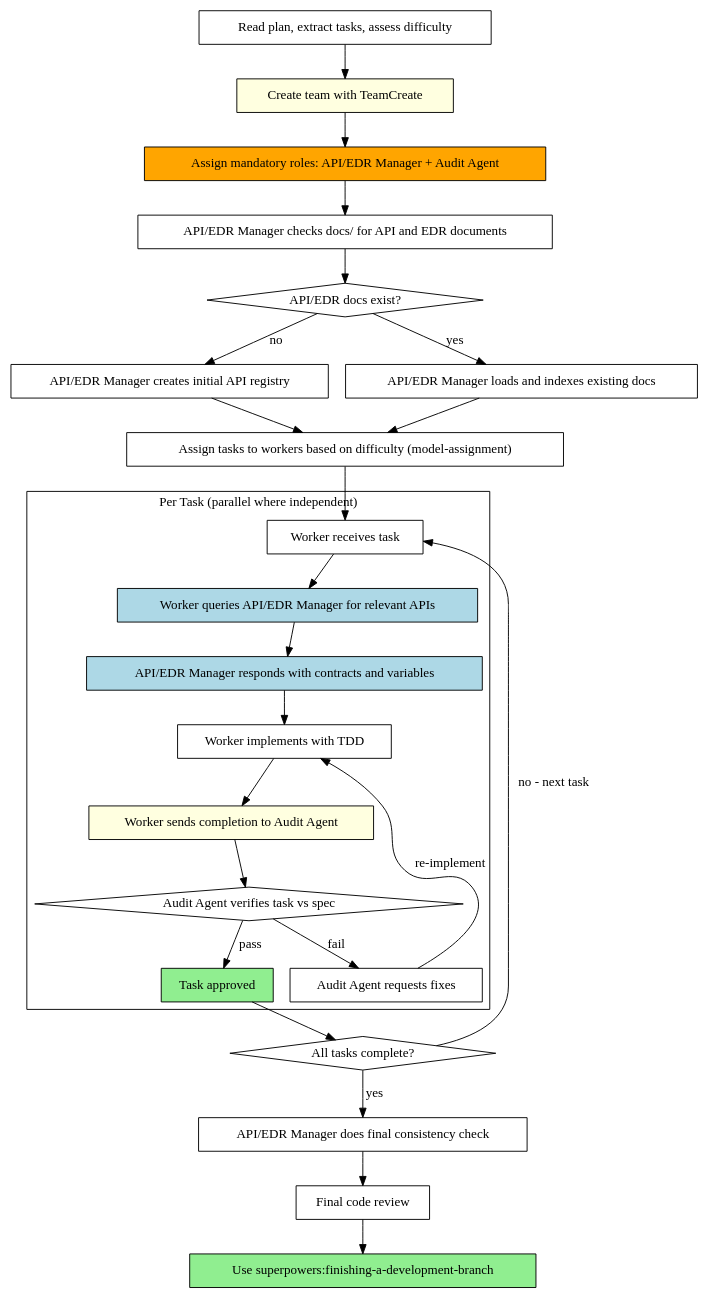
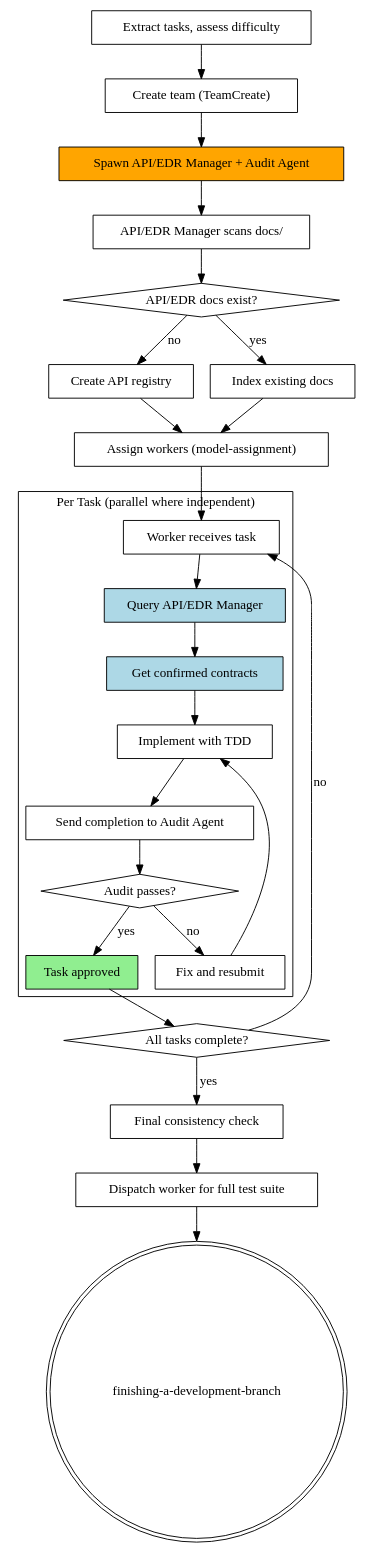
One commit to Sonbbal/superpowers changed the second of 2 diagrams in skills/team-driven-development/SKILL.md. Above: the diagram before and after it, drawn with Graphviz. The commit also changed other lines of this file and 9 other files, not shown here.

````diff
--- a/skills/team-driven-development/SKILL.md
+++ b/skills/team-driven-development/SKILL.md
@@ -70,54 +72,54 @@
 ```dot
 digraph process {
     rankdir=TB;
 
-    "Read plan, extract tasks, assess difficulty" [shape=box];
-    "Create team with TeamCreate" [shape=box style=filled fillcolor=lightyellow];
-    "Assign mandatory roles: API/EDR Manager + Audit Agent" [shape=box style=filled fillcolor=orange];
-    "API/EDR Manager checks docs/ for API and EDR documents" [shape=box];
+    "Extract tasks, assess difficulty" [shape=box];
+    "Create team (TeamCreate)" [shape=box];
+    "Spawn API/EDR Manager + Audit Agent" [shape=box style=filled fillcolor=orange];
+    "API/EDR Manager scans docs/" [shape=box];
     "API/EDR docs exist?" [shape=diamond];
-    "API/EDR Manager creates initial API registry" [shape=box];
-    "API/EDR Manager loads and indexes existing docs" [shape=box];
-    "Assign tasks to workers based on difficulty (model-assignment)" [shape=box];
+    "Create API registry" [shape=box];
+    "Index existing docs" [shape=box];
+    "Assign workers (model-assignment)" [shape=box];
 
     subgraph cluster_per_task {
         label="Per Task (parallel where independent)";
         "Worker receives task" [shape=box];
-        "Worker queries API/EDR Manager for relevant APIs" [shape=box style=filled fillcolor=lightblue];
-        "API/EDR Manager responds with contracts and variables" [shape=box style=filled fillcolor=lightblue];
-        "Worker implements with TDD" [shape=box];
-        "Worker sends completion to Audit Agent" [shape=box style=filled fillcolor=lightyellow];
-        "Audit Agent verifies task vs spec" [shape=diamond];
-        "Audit Agent requests fixes" [shape=box];
+        "Query API/EDR Manager" [shape=box style=filled fillcolor=lightblue];
+        "Get confirmed contracts" [shape=box style=filled fillcolor=lightblue];
+        "Implement with TDD" [shape=box];
+        "Send completion to Audit Agent" [shape=box];
+        "Audit passes?" [shape=diamond];
+        "Fix and resubmit" [shape=box];
         "Task approved" [shape=box style=filled fillcolor=lightgreen];
     }
 
     "All tasks complete?" [shape=diamond];
-    "API/EDR Manager does final consistency check" [shape=box];
-    "Final code review" [shape=box];
-    "Use superpowers:finishing-a-development-branch" [shape=box style=filled fillcolor=lightgreen];
+    "Final consistency check" [shape=box];
+    "Dispatch worker for full test suite" [shape=box];
+    "finishing-a-development-branch" [shape=doublecircle];
 
-    "Read plan, extract tasks, assess difficulty" -> "Create team with TeamCreate";
-    "Create team with TeamCreate" -> "Assign mandatory roles: API/EDR Manager + Audit Agent";
-    "Assign mandatory roles: API/EDR Manager + Audit Agent" -> "API/EDR Manager checks docs/ for API and EDR documents";
-    "API/EDR Manager checks docs/ for API and EDR documents" -> "API/EDR docs exist?";
-    "API/EDR docs exist?" -> "API/EDR Manager loads and indexes existing docs" [label="yes"];
-    "API/EDR docs exist?" -> "API/EDR Manager creates initial API registry" [label="no"];
-    "API/EDR Manager loads and indexes existing docs" -> "Assign tasks to workers based on difficulty (model-assignment)";
-    "API/EDR Manager creates initial API registry" -> "Assign tasks to workers based on difficulty (model-assignment)";
-    "Assign tasks to workers based on difficulty (model-assignment)" -> "Worker receives task";
-    "Worker receives task" -> "Worker queries API/EDR Manager for relevant APIs";
-    "Worker queries API/EDR Manager for relevant APIs" -> "API/EDR Manager responds with contracts and variables";
-    "API/EDR Manager responds with contracts and variables" -> "Worker implements with TDD";
-    "Worker implements with TDD" -> "Worker sends completion to Audit Agent";
-    "Worker sends completion to Audit Agent" -> "Audit Agent verifies task vs spec";
-    "Audit Agent verifies task vs spec" -> "Audit Agent requests fixes" [label="fail"];
-    "Audit Agent requests fixes" -> "Worker implements with TDD" [label="re-implement"];
-    "Audit Agent verifies task vs spec" -> "Task approved" [label="pass"];
+    "Extract tasks, assess difficulty" -> "Create team (TeamCreate)";
+    "Create team (TeamCreate)" -> "Spawn API/EDR Manager + Audit Agent";
+    "Spawn API/EDR Manager + Audit Agent" -> "API/EDR Manager scans docs/";
+    "API/EDR Manager scans docs/" -> "API/EDR docs exist?";
+    "API/EDR docs exist?" -> "Index existing docs" [label="yes"];
+    "API/EDR docs exist?" -> "Create API registry" [label="no"];
+    "Index existing docs" -> "Assign workers (model-assignment)";
+    "Create API registry" -> "Assign workers (model-assignment)";
+    "Assign workers (model-assignment)" -> "Worker receives task";
+    "Worker receives task" -> "Query API/EDR Manager";
+    "Query API/EDR Manager" -> "Get confirmed contracts";
+    "Get confirmed contracts" -> "Implement with TDD";
+    "Implement with TDD" -> "Send completion to Audit Agent";
+    "Send completion to Audit Agent" -> "Audit passes?";
+    "Audit passes?" -> "Fix and resubmit" [label="no"];
+    "Fix and resubmit" -> "Implement with TDD";
+    "Audit passes?" -> "Task approved" [label="yes"];
     "Task approved" -> "All tasks complete?";
-    "All tasks complete?" -> "Worker receives task" [label="no - next task"];
-    "All tasks complete?" -> "API/EDR Manager does final consistency check" [label="yes"];
-    "API/EDR Manager does final consistency check" -> "Final code review";
-    "Final code review" -> "Use superpowers:finishing-a-development-branch";
+    "All tasks complete?" -> "Worker receives task" [label="no"];
+    "All tasks complete?" -> "Final consistency check" [label="yes"];
+    "Final consistency check" -> "Dispatch worker for full test suite";
+    "Dispatch worker for full test suite" -> "finishing-a-development-branch";
 }
 ```
````
